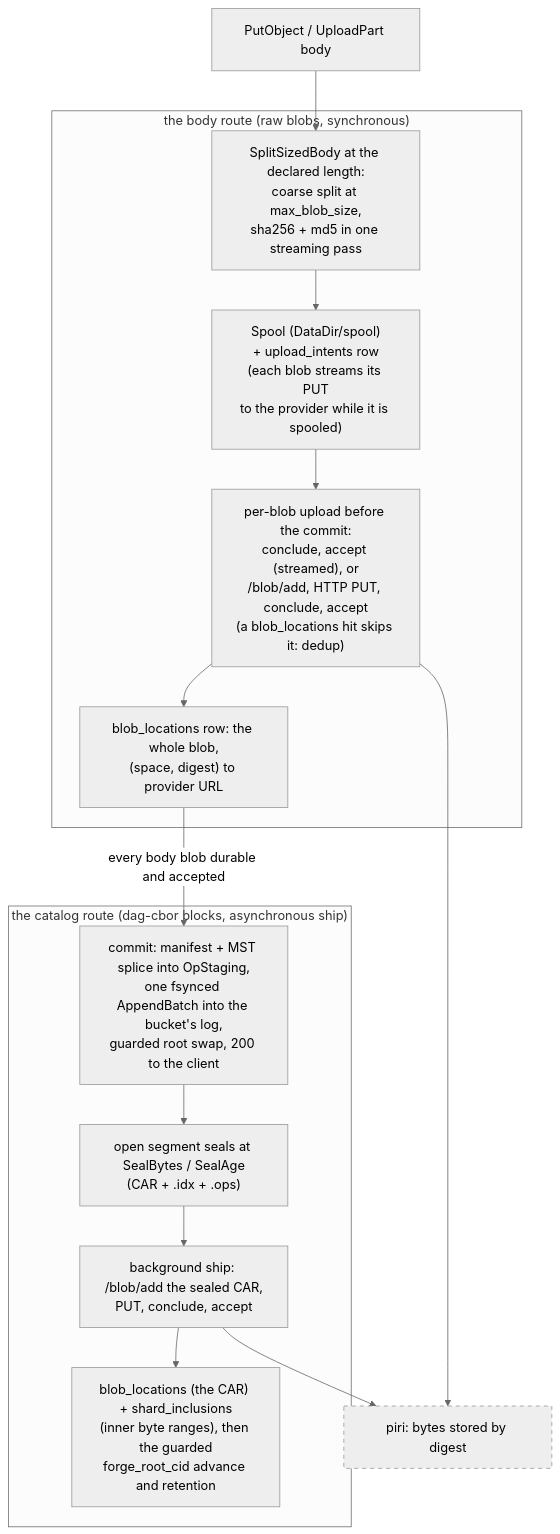
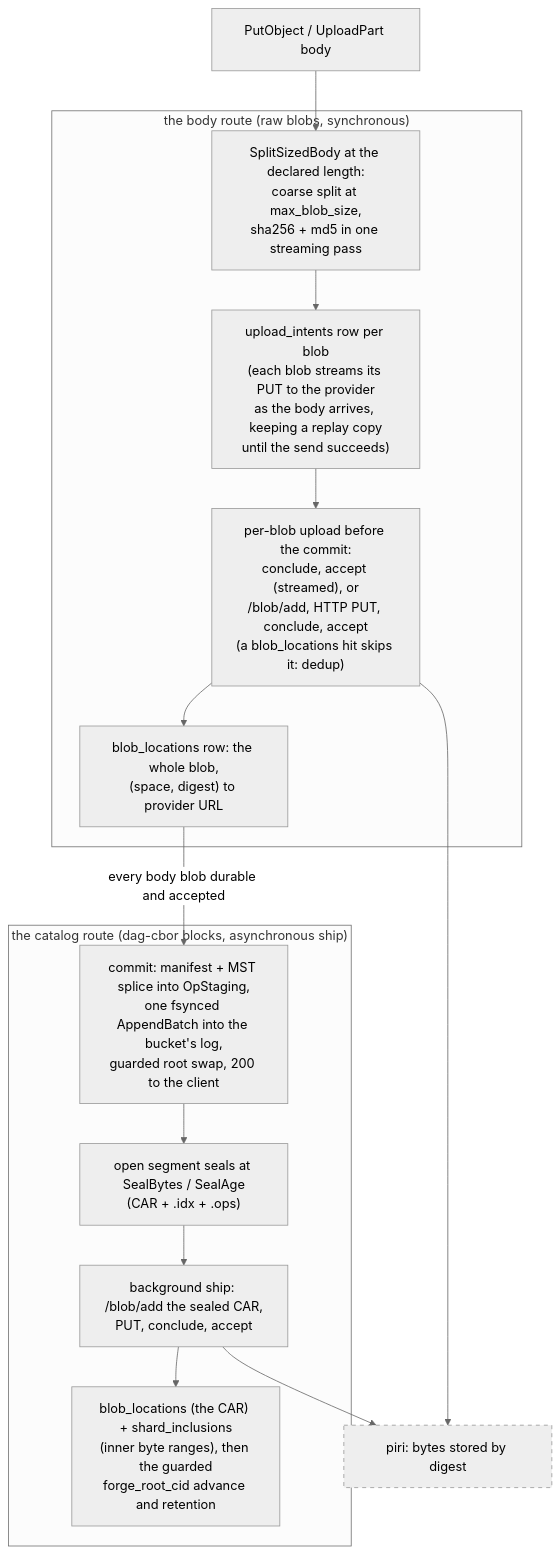
Before and after one commit to fil-forge/ingot: the third of 14 diagrams in docs/diagrams.md, drawn with Mermaid (neutral theme). The commit also changed other lines of this file and 13 other files, not shown here.

First line of the commit message:
Stream blobs with a bounded replay buffer instead of the spool

````diff
--- a/docs/diagrams.md
+++ b/docs/diagrams.md
@@ -174,30 +174,30 @@
 ```mermaid
 flowchart TB
     put["PutObject / UploadPart body"]
 
     subgraph bodyr["the body route (raw blobs, synchronous)"]
         split["SplitSizedBody at the declared length:<br/>coarse split at max_blob_size,<br/>sha256 + md5 in one streaming pass"]
-        spool["Spool (DataDir/spool)<br/>+ upload_intents row<br/>(each blob streams its PUT<br/>to the provider while it is spooled)"]
+        spool["upload_intents row per blob<br/>(each blob streams its PUT to the provider<br/>as the body arrives, keeping a replay copy<br/>until the send succeeds)"]
         upload["per-blob upload before the commit:<br/>conclude, accept (streamed), or<br/>/blob/add, HTTP PUT, conclude, accept<br/>(a blob_locations hit skips it: dedup)"]
         bloc["blob_locations row: the whole blob,<br/>(space, digest) to provider URL"]
         split --> spool --> upload --> bloc
     end
 
     subgraph catr["the catalog route (dag-cbor blocks, asynchronous ship)"]
         commit["commit: manifest + MST splice into OpStaging,<br/>one fsynced AppendBatch into the bucket's log,<br/>guarded root swap, 200 to the client"]
         seal["open segment seals at SealBytes / SealAge<br/>(CAR + .idx + .ops)"]
         ship["background ship: /blob/add the sealed CAR,<br/>PUT, conclude, accept"]
         incl["blob_locations (the CAR) + shard_inclusions<br/>(inner byte ranges), then the guarded<br/>forge_root_cid advance and retention"]
         commit --> seal --> ship --> incl
     end
 
     piri["piri: bytes stored by digest"]
 
     put --> split
     bloc -->|"every body blob durable and accepted"| commit
     upload --> piri
     ship --> piri
 
     classDef external stroke-dasharray: 5 5
     class piri external
 ```
````
